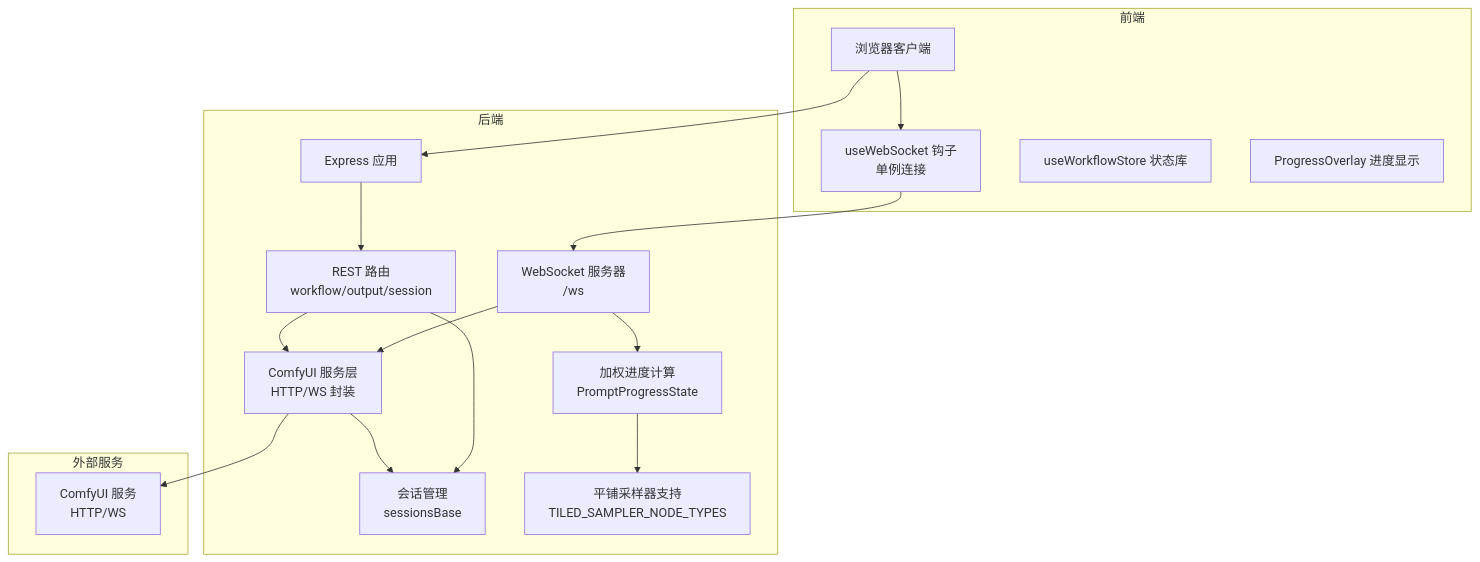
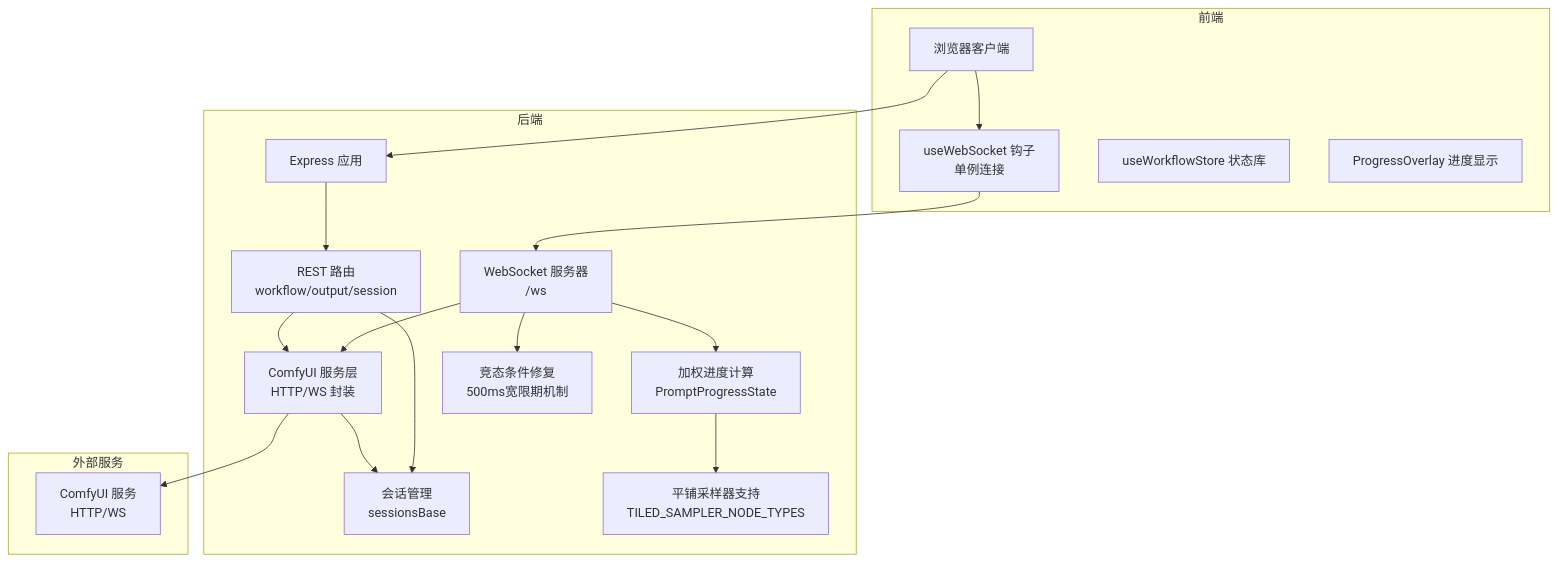
Before and after one commit to billye220670/CorineKit_Pix2Real: the first of 7 diagrams in .qoder/repowiki/zh/content/后端服务/ComfyUI 集成.md, drawn with Mermaid. The commit also changed other lines of this file and 11 other files, not shown here.

````diff
--- a/.qoder/repowiki/zh/content/后端服务/ComfyUI 集成.md
+++ b/.qoder/repowiki/zh/content/后端服务/ComfyUI 集成.md
@@ -60,32 +65,34 @@
 ```mermaid
 graph TB
 subgraph "前端"
 FE_Client["浏览器客户端"]
 FE_WS["useWebSocket 钩子<br/>单例连接"]
 FE_Store["useWorkflowStore 状态库"]
 FE_Progress["ProgressOverlay 进度显示"]
 end
 subgraph "后端"
 BE_Express["Express 应用"]
 BE_WS["WebSocket 服务器<br/>/ws"]
 BE_Routes["REST 路由<br/>workflow/output/session"]
 BE_Services["ComfyUI 服务层<br/>HTTP/WS 封装"]
 BE_Session["会话管理<br/>sessionsBase"]
 BE_Progress["加权进度计算<br/>PromptProgressState"]
 BE_Tiled["平铺采样器支持<br/>TILED_SAMPLER_NODE_TYPES"]
+BE_Race["竞态条件修复<br/>500ms宽限期机制"]
 end
 subgraph "外部服务"
 COMFY["ComfyUI 服务<br/>HTTP/WS"]
 end
 FE_Client --> FE_WS
 FE_WS --> BE_WS
 BE_WS --> BE_Services
 BE_Services --> COMFY
 FE_Client --> BE_Express
 BE_Express --> BE_Routes
 BE_Routes --> BE_Services
 BE_Routes --> BE_Session
 BE_Services --> BE_Session
 BE_WS --> BE_Progress
 BE_Progress --> BE_Tiled
+BE_WS --> BE_Race
 ```
````
